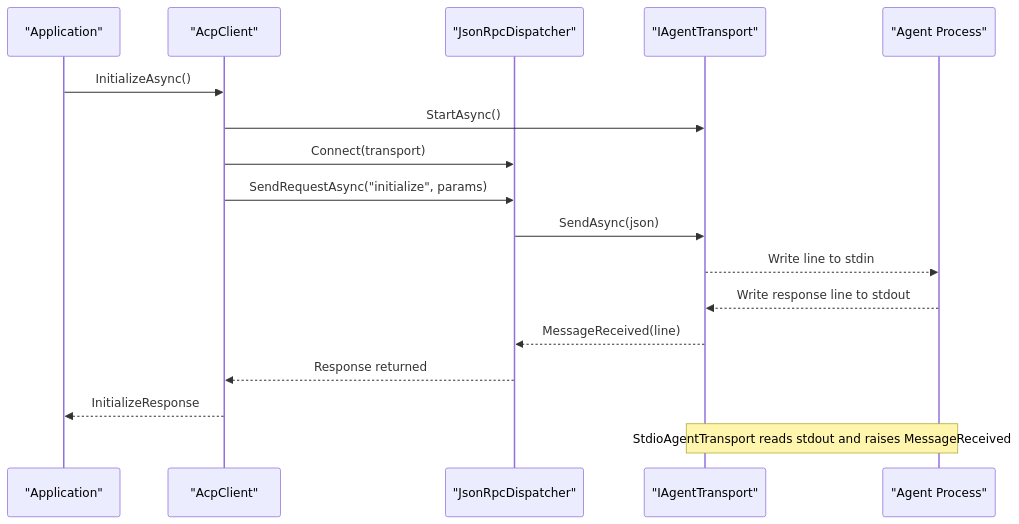
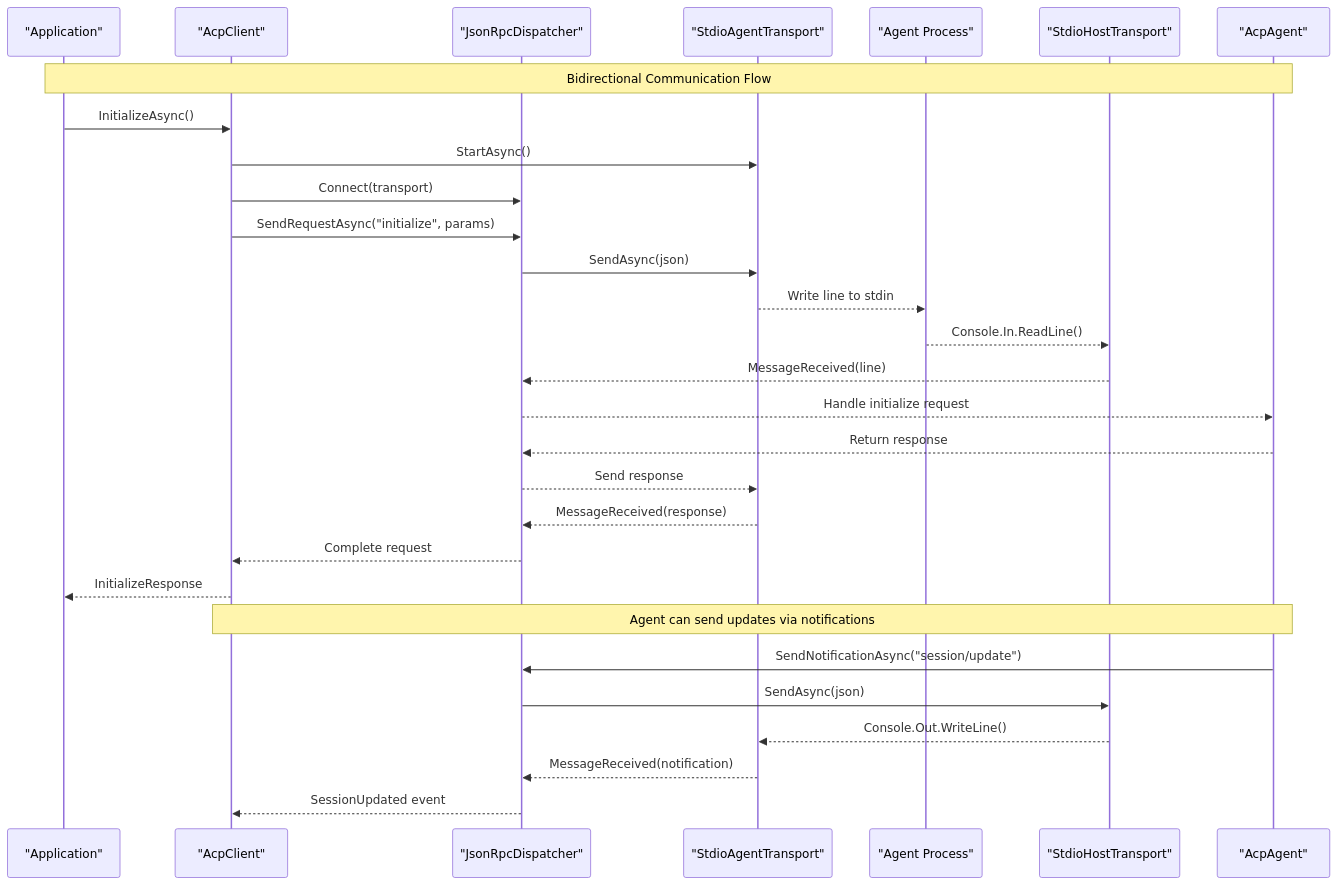
One commit to AgenticDesktop/ACPLibrary changed the second of 3 diagrams in .qoder/repowiki/en/content/Transport Layer/Transport Layer.md. Above: the diagram before and after it, drawn with Mermaid. The commit also changed other lines of this file and 63 other files, not shown here.

````diff
--- a/.qoder/repowiki/en/content/Transport Layer/Transport Layer.md
+++ b/.qoder/repowiki/en/content/Transport Layer/Transport Layer.md
@@ -91,19 +137,31 @@
 ```mermaid
 sequenceDiagram
 participant App as "Application"
 participant Client as "AcpClient"
 participant Dispatcher as "JsonRpcDispatcher"
-participant Transport as "IAgentTransport"
+participant ClientTransport as "StdioAgentTransport"
 participant AgentProc as "Agent Process"
+participant AgentTransport as "StdioHostTransport"
+participant Agent as "AcpAgent"
+Note over App,Agent : Bidirectional Communication Flow
 App->>Client : InitializeAsync()
-Client->>Transport : StartAsync()
+Client->>ClientTransport : StartAsync()
 Client->>Dispatcher : Connect(transport)
 Client->>Dispatcher : SendRequestAsync("initialize", params)
-Dispatcher->>Transport : SendAsync(json)
-Transport-->>AgentProc : Write line to stdin
-AgentProc-->>Transport : Write response line to stdout
-Transport-->>Dispatcher : MessageReceived(line)
-Dispatcher-->>Client : Response returned
+Dispatcher->>ClientTransport : SendAsync(json)
+ClientTransport-->>AgentProc : Write line to stdin
+AgentProc-->>AgentTransport : Console.In.ReadLine()
+AgentTransport-->>Dispatcher : MessageReceived(line)
+Dispatcher-->>Agent : Handle initialize request
+Agent-->>Dispatcher : Return response
+Dispatcher-->>ClientTransport : Send response
+ClientTransport-->>Dispatcher : MessageReceived(response)
+Dispatcher-->>Client : Complete request
 Client-->>App : InitializeResponse
-Note over Transport,AgentProc : StdioAgentTransport reads stdout and raises MessageReceived
+Note over Agent,Client : Agent can send updates via notifications
+Agent->>Dispatcher : SendNotificationAsync("session/update")
+Dispatcher->>AgentTransport : SendAsync(json)
+AgentTransport-->>ClientTransport : Console.Out.WriteLine()
+ClientTransport-->>Dispatcher : MessageReceived(notification)
+Dispatcher-->>Client : SessionUpdated event
 ```
````
